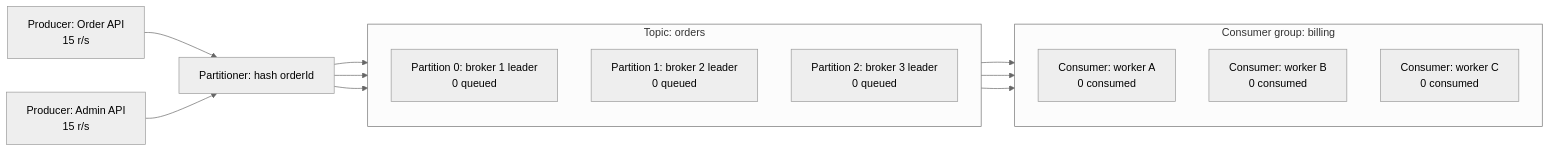
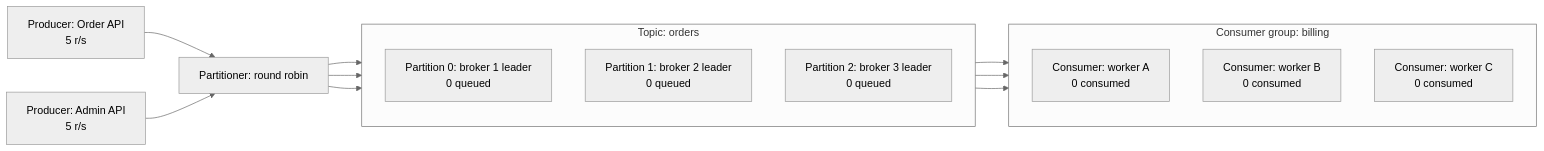
One commit to grafanaKibana/devbook.zip changed the diagram in Vault/Home/Software Architecture/Distributed Systems/Message Queues/Kafka.md. Above: the diagram before and after it, drawn with Mermaid (neutral theme). The commit also changed other lines of this file and 110 other files, not shown here.

Commit message:
feature: established Flowmaid lib

````diff
--- a/Vault/Home/Software Architecture/Distributed Systems/Message Queues/Kafka.md
+++ b/Vault/Home/Software Architecture/Distributed Systems/Message Queues/Kafka.md
@@ -23,32 +23,52 @@
 ```mermaid
-%% mermaid-flow: kafka-core
 %%{init: {"flowchart":{"curve":"basis"}}}%%
 flowchart LR
-    P1["Producer: Order API<br/><span>15 r/s</span>"]
-    P2["Producer: Admin API<br/><span>15 r/s</span>"]
-    PR[Partitioner: hash orderId]
+    P1["Producer: Order API<br/><span>5 r/s</span>"]
+    P2["Producer: Admin API<br/><span>5 r/s</span>"]
+    PR[Partitioner: round robin]
 
     subgraph Topic[Topic: orders]
       direction TB
       T1["Partition 0: broker 1 leader<br/><span>0 queued</span>"]
       T2["Partition 1: broker 2 leader<br/><span>0 queued</span>"]
       T3["Partition 2: broker 3 leader<br/><span>0 queued</span>"]
     end
 
     subgraph CG[Consumer group: billing]
       direction TB
       C1["Consumer: worker A<br/><span>0 consumed</span>"]
       C2["Consumer: worker B<br/><span>0 consumed</span>"]
       C3["Consumer: worker C<br/><span>0 consumed</span>"]
     end
 
     P1 --> PR
     P2 --> PR
     PR --> T1
     PR --> T2
     PR --> T3
     T1 --> C1
     T2 --> C2
     T3 --> C3
+  %% flowmaid
+  %% controls:
+  %%   input:
+  %%     label: Input rate
+  %%     min: 0
+  %%     max: 30
+  %%     value: 10
+  %%     step: 1
+  %%     unit: r/s
+  %% sources:
+  %%   - rate: input
+  %%     nodes: [P1, P2]
+  %% distribution:
+  %%   PR:
+  %%     strategy: roundRobin
+  %% queues:
+  %%   T1: { capacity: 4 }
+  %%   T2: { capacity: 4 }
+  %%   T3: { capacity: 4 }
+  %% dots: { radius: 3, durationMs: 500 }
+  %% /flowmaid
 
 ```
````
